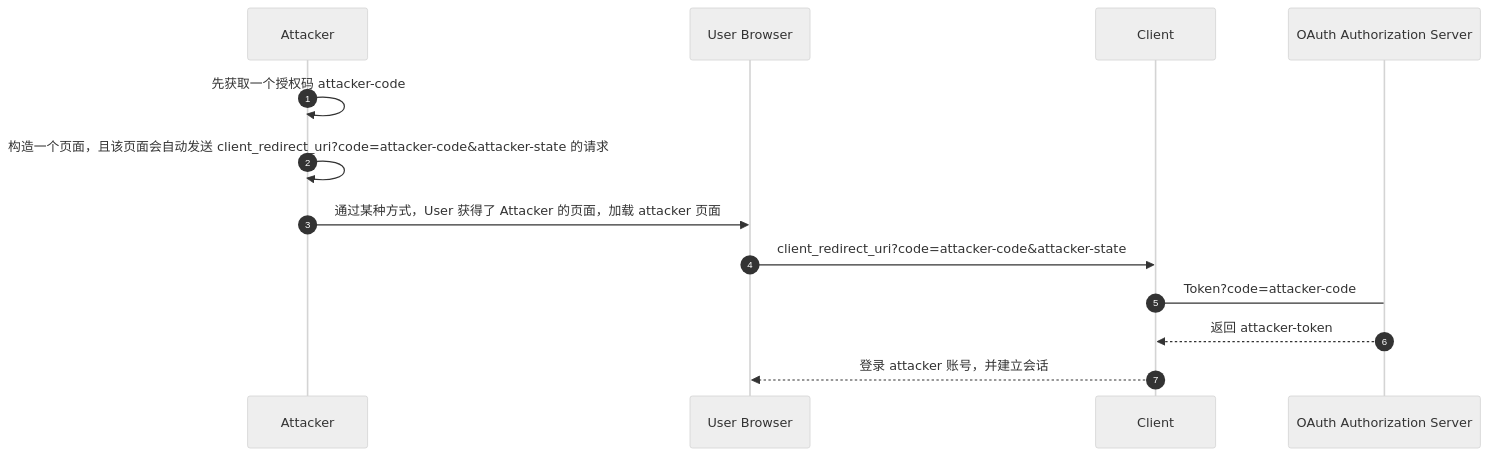
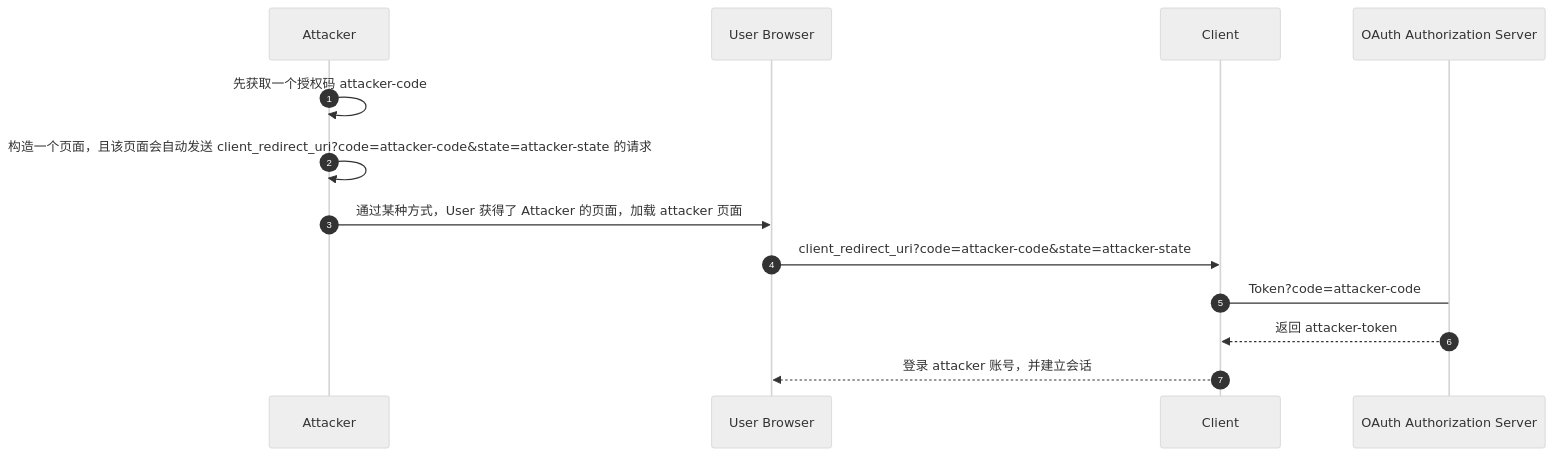
One commit to lsj9383/blog changed the fourth of 7 diagrams in posts/oauth-best-practice/readme.md. Above: the diagram before and after it, drawn with Mermaid (neutral theme). The commit also changed other lines of this file, not shown here.

````diff
--- a/posts/oauth-best-practice/readme.md
+++ b/posts/oauth-best-practice/readme.md
@@ -457,17 +457,17 @@
 ```mermaid
 sequenceDiagram
 autonumber
 
 participant attacker as Attacker
 participant user_browser as User Browser
 participant client as Client
 participant authz_server as OAuth Authorization Server
 
 attacker ->> attacker: 先获取一个授权码 attacker-code
-attacker ->> attacker: 构造一个页面，且该页面会自动发送 client_redirect_uri?code=attacker-code&attacker-state 的请求
+attacker ->> attacker: 构造一个页面，且该页面会自动发送 client_redirect_uri?code=attacker-code&state=attacker-state 的请求
 attacker ->> user_browser: 通过某种方式，User 获得了 Attacker 的页面，加载 attacker 页面
-user_browser ->> client: client_redirect_uri?code=attacker-code&attacker-state
+user_browser ->> client: client_redirect_uri?code=attacker-code&state=attacker-state
 client -> authz_server: Token?code=attacker-code
 authz_server -->> client: 返回 attacker-token
 client -->> user_browser: 登录 attacker 账号，并建立会话
 ```
````
